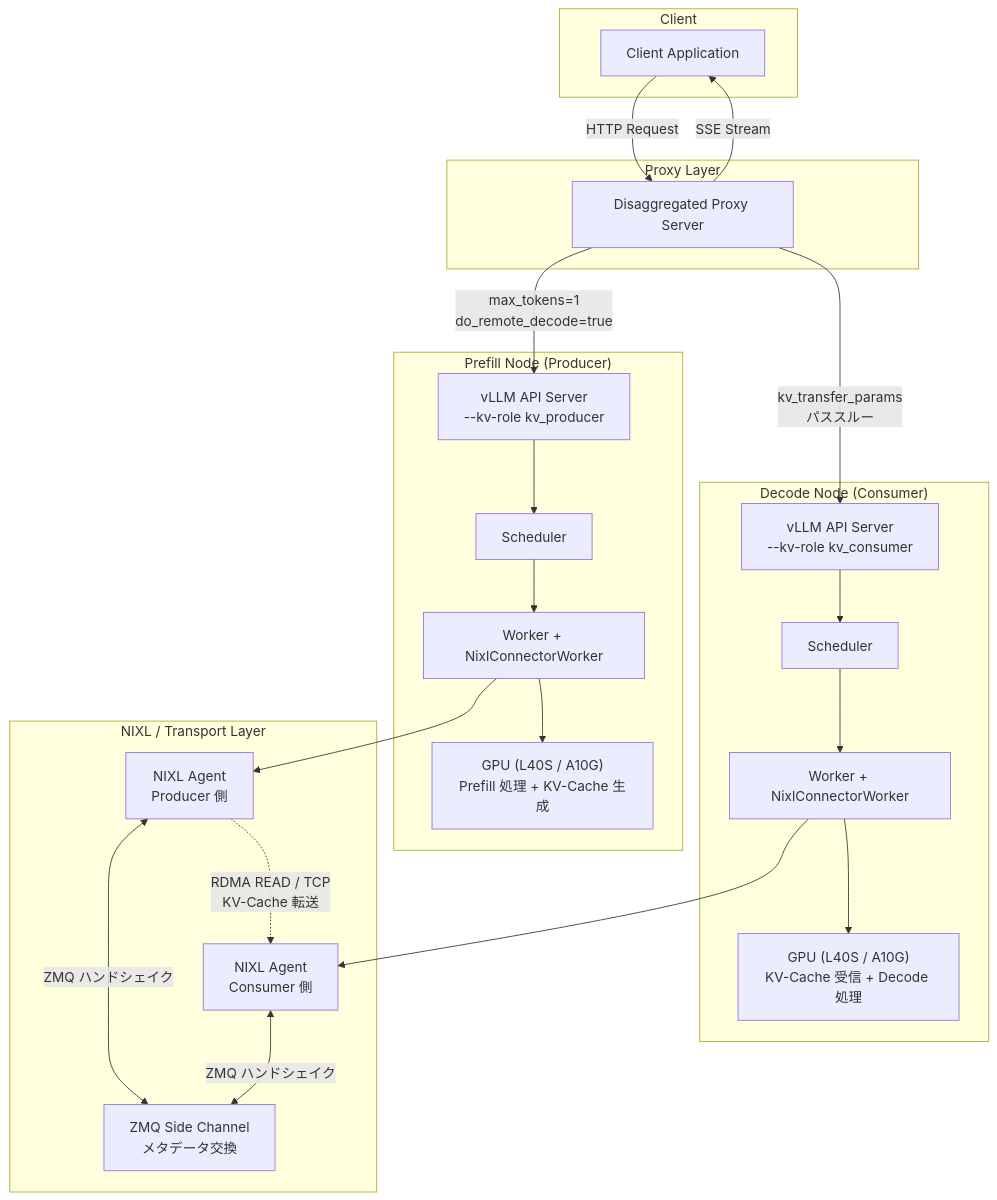
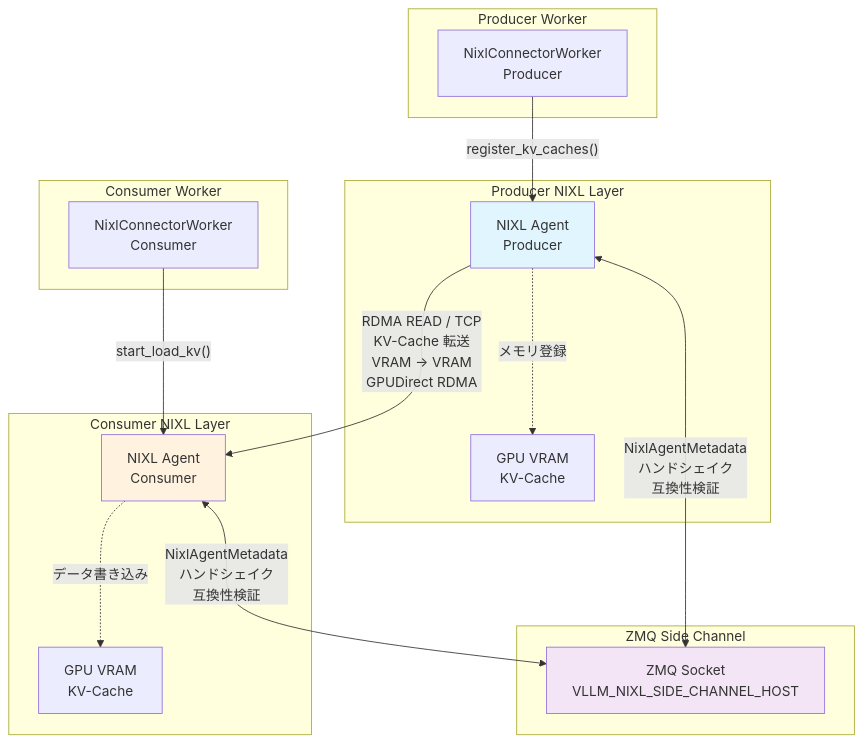
Before and after one commit to littlemex/zenn: the fifth of 14 diagrams in articles/3dd524130320d3.md, drawn with Mermaid. The commit also changed other lines of this file, not shown here.

````diff
--- a/articles/3dd524130320d3.md
+++ b/articles/3dd524130320d3.md
@@ -36,37 +183,32 @@
 ```mermaid
 graph TB
-    subgraph "Client"
-        CL[Client Application]
+    subgraph "Producer Worker"
+        P_W[NixlConnectorWorker<br/>Producer]
     end
-    subgraph "Proxy Layer"
-        PX[Disaggregated Proxy Server]
+    subgraph "Producer NIXL Layer"
+        P_NIXL[NIXL Agent<br/>Producer]
+        P_MEM[GPU VRAM<br/>KV-Cache]
+        P_W -->|"register_kv_caches()"| P_NIXL
+        P_NIXL -.->|"メモリ登録"| P_MEM
     end
-    subgraph "Prefill Node (Producer)"
-        P_VLLM[vLLM API Server<br/>--kv-role kv_producer]
-        P_SCHED[Scheduler]
-        P_WORKER[Worker + NixlConnectorWorker]
-        P_GPU["GPU (L40S / A10G)<br/>Prefill 処理 + KV-Cache 生成"]
-        P_VLLM --> P_SCHED --> P_WORKER --> P_GPU
+    subgraph "ZMQ Side Channel"
+        ZMQ[ZMQ Socket<br/>VLLM_NIXL_SIDE_CHANNEL_HOST]
     end
-    subgraph "Decode Node (Consumer)"
-        D_VLLM[vLLM API Server<br/>--kv-role kv_consumer]
-        D_SCHED[Scheduler]
-        D_WORKER[Worker + NixlConnectorWorker]
-        D_GPU["GPU (L40S / A10G)<br/>KV-Cache 受信 + Decode 処理"]
-        D_VLLM --> D_SCHED --> D_WORKER --> D_GPU
+    subgraph "Consumer NIXL Layer"
+        C_NIXL[NIXL Agent<br/>Consumer]
+        C_MEM[GPU VRAM<br/>KV-Cache]
+        C_NIXL -.->|"データ書き込み"| C_MEM
     end
-    subgraph "NIXL / Transport Layer"
-        NIXL_P[NIXL Agent<br/>Producer 側]
-        NIXL_D[NIXL Agent<br/>Consumer 側]
-        ZMQ[ZMQ Side Channel<br/>メタデータ交換]
+    subgraph "Consumer Worker"
+        C_W[NixlConnectorWorker<br/>Consumer]
+        C_W -->|"start_load_kv()"| C_NIXL
     end
-    CL -->|"HTTP Request"| PX
-    PX -->|"max_tokens=1<br/>do_remote_decode=true"| P_VLLM
-    PX -->|"kv_transfer_params<br/>パススルー"| D_VLLM
-    PX -->|"SSE Stream"| CL
-    P_WORKER --> NIXL_P
-    D_WORKER --> NIXL_D
-    NIXL_P <-->|"ZMQ ハンドシェイク"| ZMQ
-    NIXL_D <-->|"ZMQ ハンドシェイク"| ZMQ
-    NIXL_P -.->|"RDMA READ / TCP<br/>KV-Cache 転送"| NIXL_D
+
+    P_NIXL <-->|"NixlAgentMetadata<br/>ハンドシェイク<br/>互換性検証"| ZMQ
+    C_NIXL <-->|"NixlAgentMetadata<br/>ハンドシェイク<br/>互換性検証"| ZMQ
+    P_NIXL -->|"RDMA READ / TCP<br/>KV-Cache 転送<br/>VRAM → VRAM<br/>GPUDirect RDMA"| C_NIXL
+
+    style P_NIXL fill:#e1f5fe
+    style C_NIXL fill:#fff3e0
+    style ZMQ fill:#f3e5f5
 ```
````
